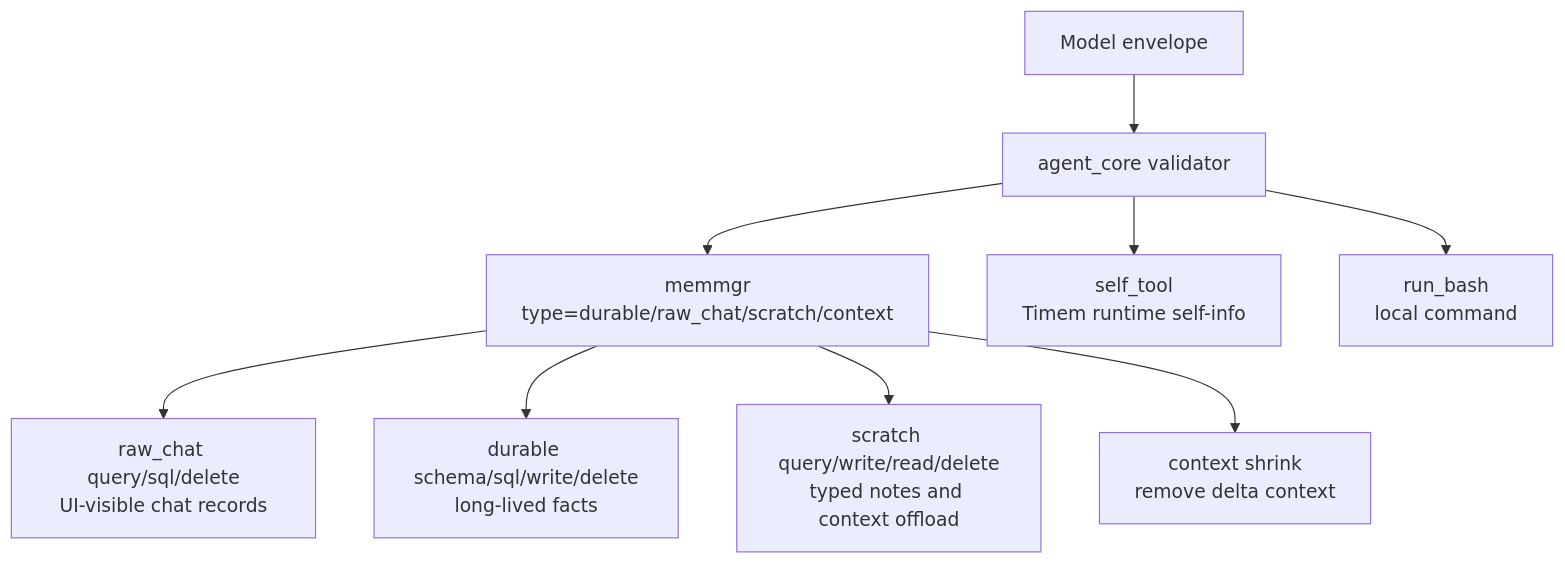
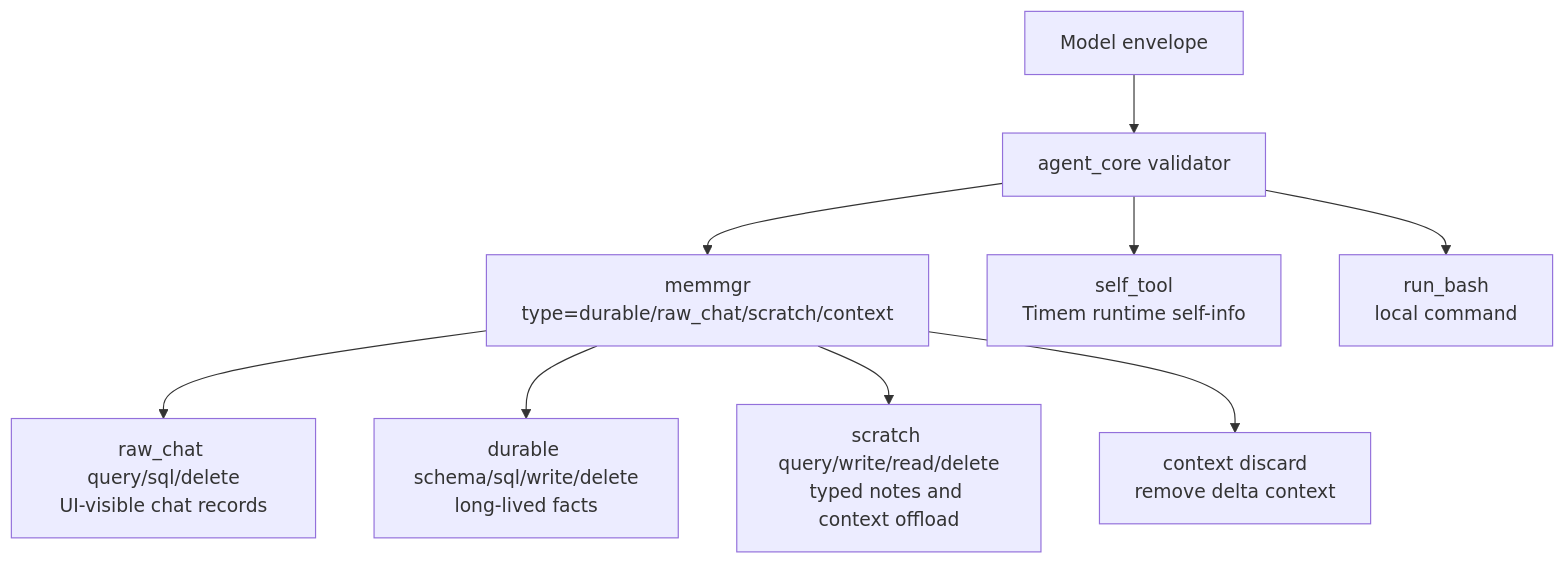
Before and after one commit to moliam/TimemAi: the fourth of 4 diagrams in docs/architecture.md, drawn with Mermaid. The commit also changed other lines of this file and 27 other files, not shown here.

````diff
--- a/docs/architecture.md
+++ b/docs/architecture.md
@@ -909,11 +909,11 @@
 ```mermaid
 flowchart TB
     Model["Model envelope"] --> Core["agent_core validator"]
     Core --> Memmgr["memmgr\ntype=durable/raw_chat/scratch/context"]
     Memmgr --> Chat["raw_chat query/sql/delete\nUI-visible chat records"]
     Memmgr --> Memory["durable schema/sql/write/delete\nlong-lived facts"]
     Memmgr --> Scratch["scratch query/write/read/delete\ntyped notes and context offload"]
-    Memmgr --> Shrink["context shrink\nremove delta context"]
+    Memmgr --> Shrink["context discard\nremove delta context"]
     Core --> SelfTool["self_tool\nTimem runtime self-info"]
     Core --> Bash["run_bash\nlocal command"]
 ```
````
